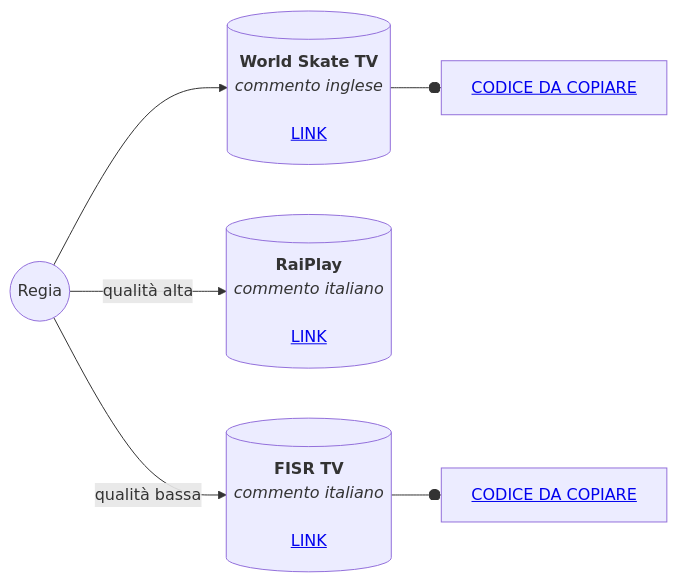
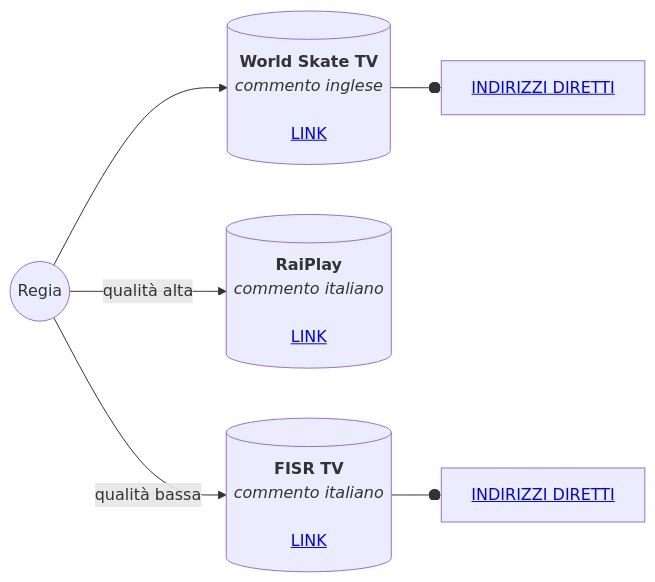
One commit to aiBR3/WSG2024-video changed the diagram in README.md. Above: the diagram before and after it, drawn with Mermaid.

````diff
--- a/README.md
+++ b/README.md
@@ -3,8 +3,8 @@
 ```mermaid
 flowchart LR
     Regia((Regia)) --> WSG[("<strong>World Skate TV</strong><br><i>commento inglese</i><br><br><a href="https://worldskate.tv/world-skate-games/wsg-2024/wsg-inline-speed-2024" target="_blank">LINK</a>")]
     Regia -- qualità alta --> Rai[("<strong>RaiPlay</strong><br><i>commento italiano</i><br><br><a href="https://www.raiplay.it/guidatv?channel=rai-sport" target="_blank">LINK</a>")]
     Regia -- qualità bassa --> FISR[("<strong>FISR TV</strong><br><i>commento italiano</i><br><br><a href="https://fisrtv.it/" target="_blank">LINK</a>")]
-    WSG --o WSG1["<a href="https://github.com/aiBR3/WSG2024-video?tab=readme-ov-file#world-skate-tv">CODICE DA COPIARE</a>"]
-    FISR --o FISR1["<a href="https://github.com/aiBR3/WSG2024-video#fisr-tv---2024-09-13-0815-pista">CODICE DA COPIARE</a>"]
+    WSG --o WSG1["<a href="https://github.com/aiBR3/WSG2024-video?tab=readme-ov-file#world-skate-tv">INDIRIZZI DIRETTI</a>"]
+    FISR --o FISR1["<a href="https://github.com/aiBR3/WSG2024-video#fisr-tv---2024-09-13-0815-pista">INDIRIZZI DIRETTI</a>"]
 ```
````
